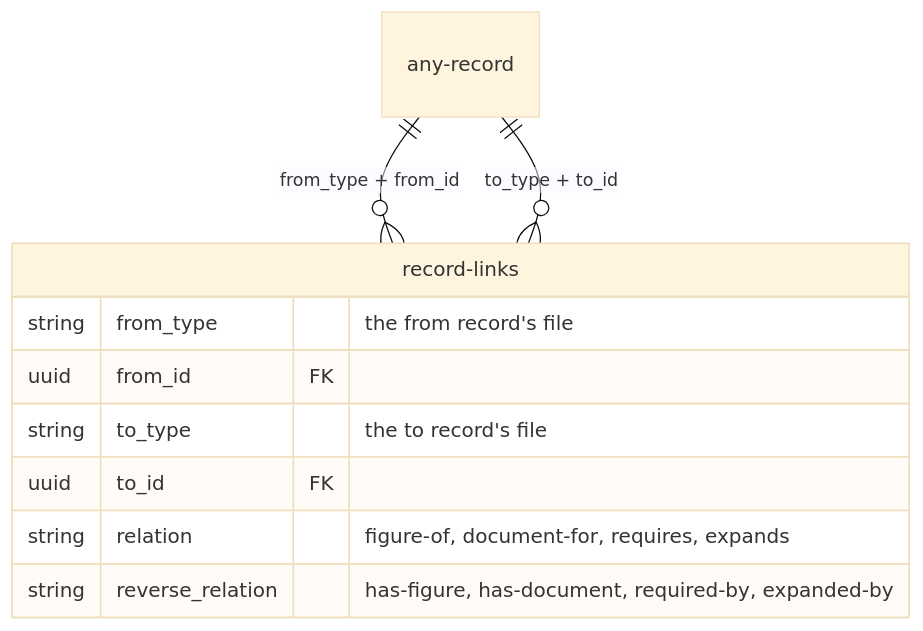
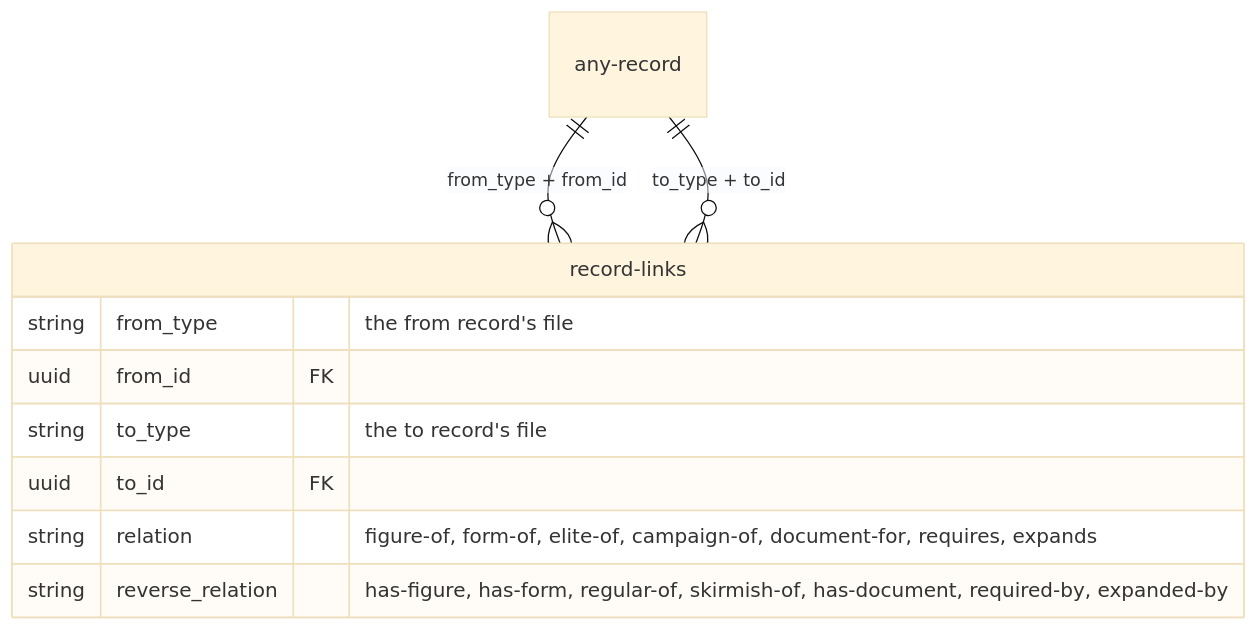
The fifth of 8 diagrams in docs/data-model.md (lvisintini/imperial-assault-data), drawn with Mermaid (base theme) before and after one commit. The commit also changed other lines of this file and 7 other files, not shown here.

````diff
--- a/docs/data-model.md
+++ b/docs/data-model.md
@@ -267,14 +286,14 @@
 ```mermaid
 erDiagram
     any-record ||--o{ record-links : "from_type + from_id"
     record-links }o--|| any-record : "to_type + to_id"
 
     record-links {
         string from_type "the from record's file"
         uuid from_id FK
         string to_type "the to record's file"
         uuid to_id FK
-        string relation "figure-of, document-for, requires, expands"
-        string reverse_relation "has-figure, has-document, required-by, expanded-by"
+        string relation "figure-of, form-of, elite-of, campaign-of, document-for, requires, expands"
+        string reverse_relation "has-figure, has-form, regular-of, skirmish-of, has-document, required-by, expanded-by"
     }
 ```
````
